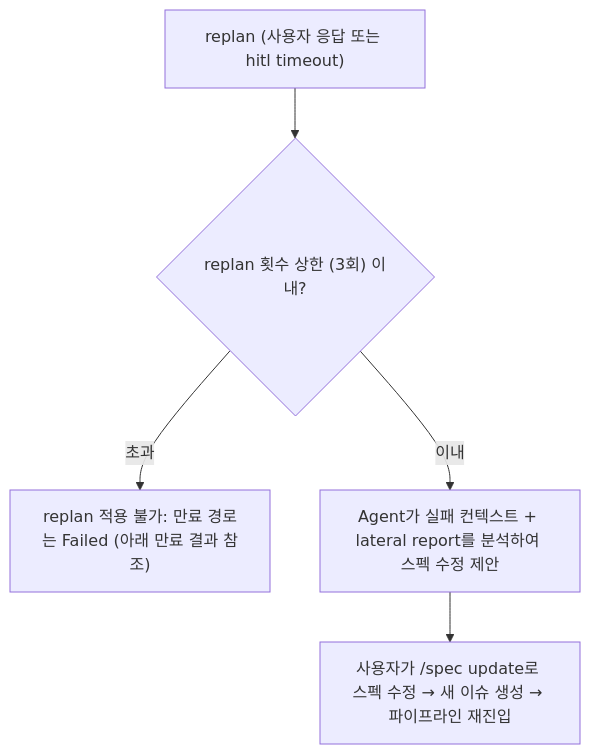
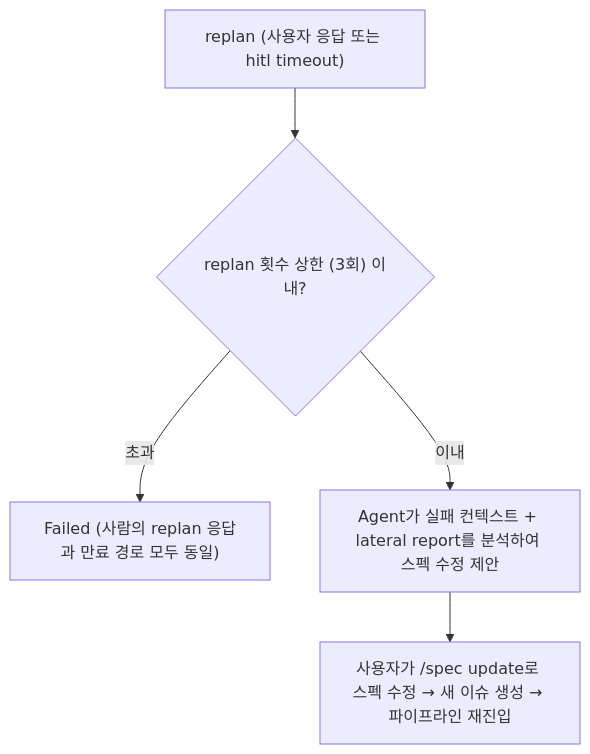
Before and after one commit to kys0213/belt: the fourth of 8 diagrams in spec/flows/04-failure-and-hitl.md, drawn with Mermaid. The commit also changed other lines of this file and 5 other files, not shown here.

Commit message:
docs(spec): address design/flows review and settle replan-over-cap outcome

````diff
--- a/spec/flows/04-failure-and-hitl.md
+++ b/spec/flows/04-failure-and-hitl.md
@@ -231,7 +231,7 @@
 ```mermaid
 flowchart TD
     R["replan (사용자 응답 또는 hitl timeout)"] --> C{"replan 횟수 상한 (3회) 이내?"}
-    C -- "초과" --> X["replan 적용 불가: 만료 경로는 Failed (아래 만료 결과 참조)"]
+    C -- "초과" --> X["Failed (사람의 replan 응답과 만료 경로 모두 동일)"]
     C -- "이내" --> S["Agent가 실패 컨텍스트 + lateral report를 분석하여 스펙 수정 제안"]
     S --> U["사용자가 /spec update로 스펙 수정 → 새 이슈 생성 → 파이프라인 재진입"]
 ```
````
